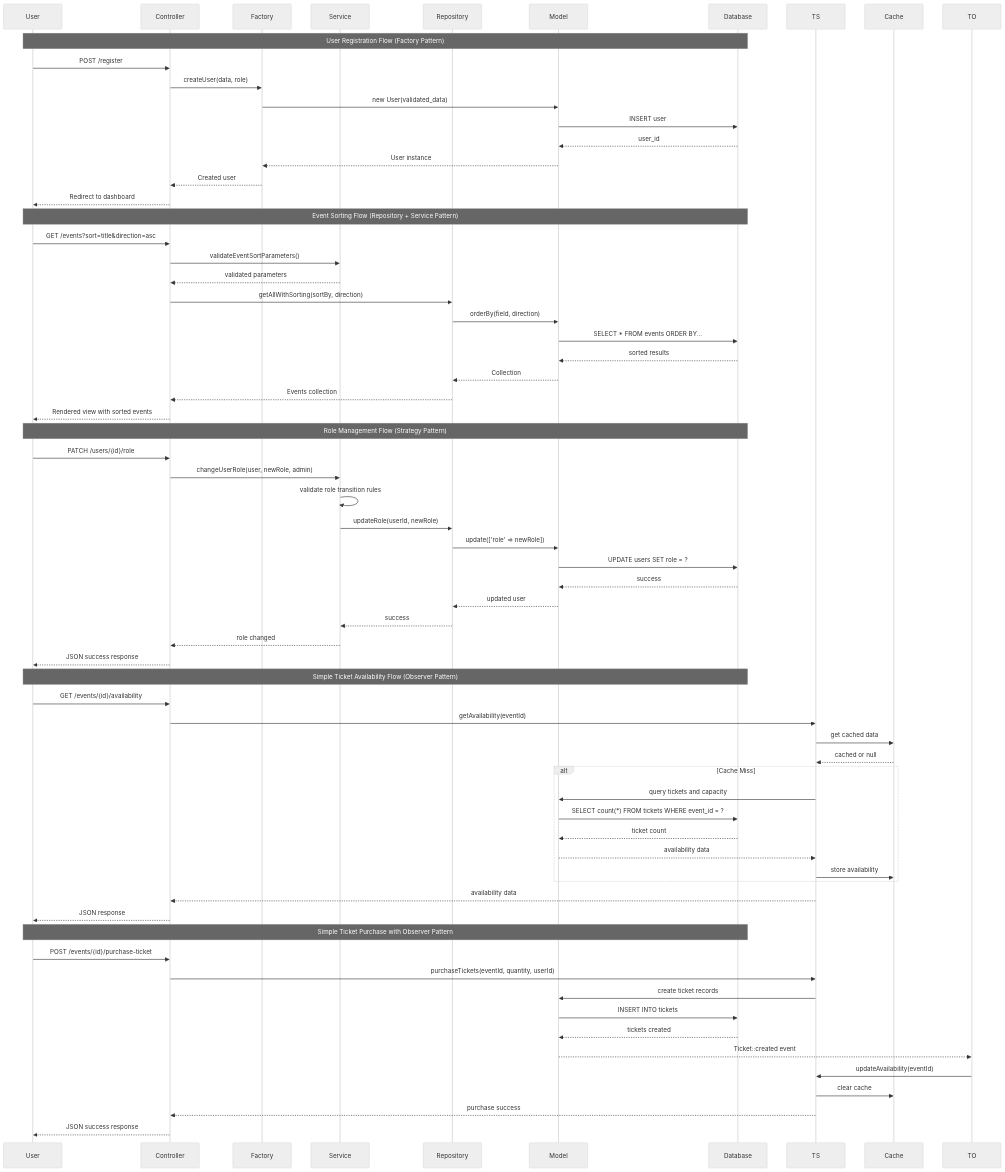
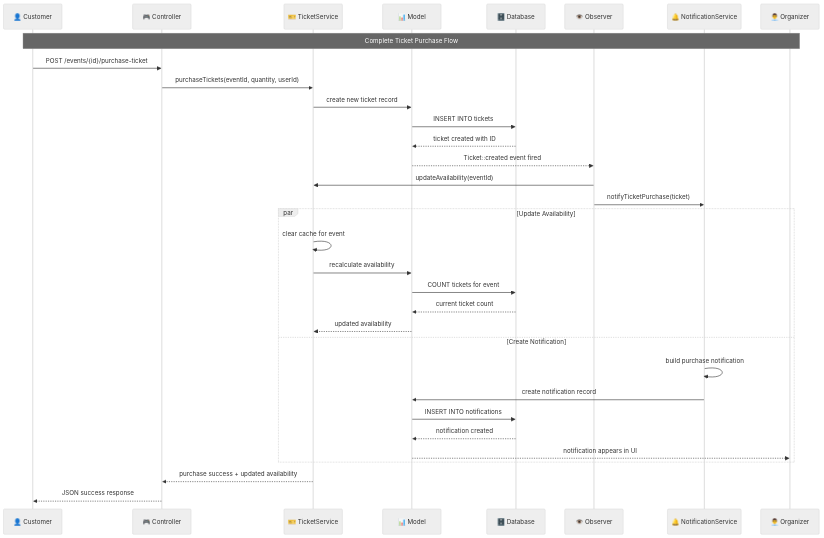
Before and after one commit to Event-Management-Ticketing-System-EMTS/Event-Management-Ticketing-System: the fifth of 12 diagrams in ARCHITECTURE.md, drawn with Mermaid (neutral theme). The commit also changed other lines of this file and 12 other files, not shown here.

First line of the commit message:
feat: Implement Smart Notification System for Ticket Cancellations and Purchases

````diff
--- a/ARCHITECTURE.md
+++ b/ARCHITECTURE.md
@@ -51,72 +198,39 @@
 ```mermaid
 sequenceDiagram
-    participant U as User
-    participant C as Controller
-    participant F as Factory
-    participant S as Service
-    participant R as Repository
-    participant M as Model
-    participant DB as Database
+    participant U as 👤 Customer
+    participant C as 🎮 Controller
+    participant TS as 🎫 TicketService
+    participant M as 📊 Model
+    participant DB as 🗄️ Database
+    participant TO as 👁️ Observer
+    participant NS as 🔔 NotificationService
+    participant O as 👨‍💼 Organizer
 
-    Note over U,DB: User Registration Flow (Factory Pattern)
-    U->>C: POST /register
-    C->>F: createUser(data, role)
-    F->>M: new User(validated_data)
-    M->>DB: INSERT user
-    DB-->>M: user_id
-    M-->>F: User instance
-    F-->>C: Created user
-    C-->>U: Redirect to dashboard
-
-    Note over U,DB: Event Sorting Flow (Repository + Service Pattern)
-    U->>C: GET /events?sort=title&direction=asc
-    C->>S: validateEventSortParameters()
-    S-->>C: validated parameters
-    C->>R: getAllWithSorting(sortBy, direction)
-    R->>M: orderBy(field, direction)
-    M->>DB: SELECT * FROM events ORDER BY...
-    DB-->>M: sorted results
-    M-->>R: Collection
-    R-->>C: Events collection
-    C-->>U: Rendered view with sorted events
-
-    Note over U,DB: Role Management Flow (Strategy Pattern)
-    U->>C: PATCH /users/{id}/role
-    C->>S: changeUserRole(user, newRole, admin)
-    S->>S: validate role transition rules
-    S->>R: updateRole(userId, newRole)
-    R->>M: update(['role' => newRole])
-    M->>DB: UPDATE users SET role = ?
-    DB-->>M: success
-    M-->>R: updated user
-    R-->>S: success
-    S-->>C: role changed
-    C-->>U: JSON success response
-
-    Note over U,DB: Simple Ticket Availability Flow (Observer Pattern)
-    U->>C: GET /events/{id}/availability
-    C->>TS: getAvailability(eventId)
-    TS->>Cache: get cached data
-    Cache-->>TS: cached or null
-    alt Cache Miss
-        TS->>M: query tickets and capacity
-        M->>DB: SELECT count(*) FROM tickets WHERE event_id = ?
-        DB-->>M: ticket count
-        M-->>TS: availability data
-        TS->>Cache: store availability
-    end
-    TS-->>C: availability data
-    C-->>U: JSON response
-
-    Note over U,DB: Simple Ticket Purchase with Observer Pattern
+    Note over U,O: Complete Ticket Purchase Flow
+    
     U->>C: POST /events/{id}/purchase-ticket
     C->>TS: purchaseTickets(eventId, quantity, userId)
-    TS->>M: create ticket records
+    TS->>M: create new ticket record
     M->>DB: INSERT INTO tickets
-    DB-->>M: tickets created
-    M-->>TO: Ticket::created event
+    DB-->>M: ticket created with ID
+    M-->>TO: Ticket::created event fired
     TO->>TS: updateAvailability(eventId)
-    TS->>Cache: clear cache
-    TS-->>C: purchase success
+    TO->>NS: notifyTicketPurchase(ticket)
+    
+    par Update Availability
+        TS->>TS: clear cache for event
+        TS->>M: recalculate availability
+        M->>DB: COUNT tickets for event
+        DB-->>M: current ticket count
+        M-->>TS: updated availability
+    and Create Notification
+        NS->>NS: build purchase notification
+        NS->>M: create notification record
+        M->>DB: INSERT INTO notifications
+        DB-->>M: notification created
+        M-->>O: notification appears in UI
+    end
+    
+    TS-->>C: purchase success + updated availability
     C-->>U: JSON success response
 ```
````
